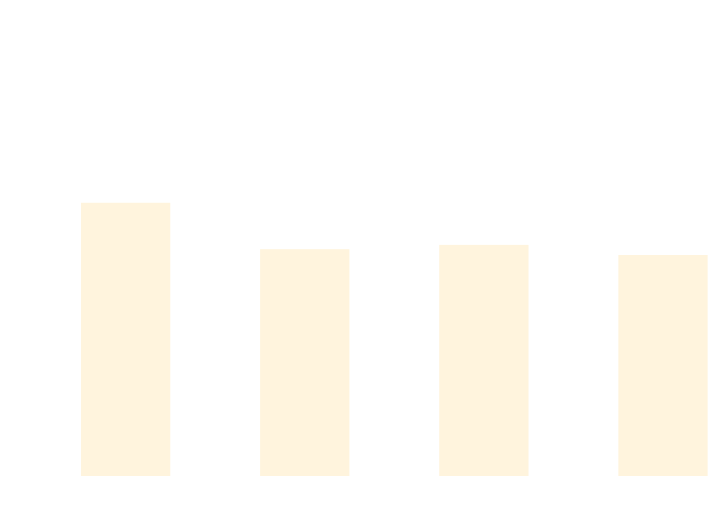
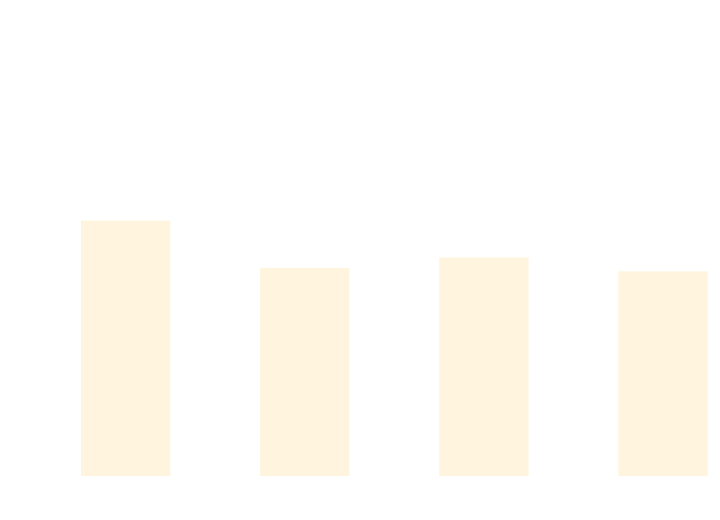
Before and after one commit to thomhurst/TUnit: the diagram in docs/docs/benchmarks/BuildTime.md, drawn with Mermaid. The commit also changed other lines of this file and 17 other files, not shown here.

````diff
--- a/docs/docs/benchmarks/BuildTime.md
+++ b/docs/docs/benchmarks/BuildTime.md
@@ -28,37 +28,37 @@
 ```mermaid
 %%{init: {
   'theme':'base',
   'themeVariables': {
     'primaryColor': '#2563eb',
     'primaryTextColor': '#ffffff',
     'primaryBorderColor': '#1e40af',
     'lineColor': '#6b7280',
     'secondaryColor': '#7c3aed',
     'tertiaryColor': '#dc2626',
     'background': '#ffffff',
     'mainBkg': '#2563eb',
     'secondBkg': '#7c3aed',
     'tertiaryBkg': '#dc2626',
     'clusterBkg': '#f3f4f6',
     'edgeLabelBackground': '#ffffff',
     'tertiaryTextColor': '#1f2937',
     'pie1': '#2563eb',
     'pie2': '#7c3aed',
     'pie3': '#dc2626',
     'pie4': '#f59e0b',
     'pie5': '#10b981',
     'pie6': '#06b6d4',
     'pie7': '#ec4899',
     'pie8': '#6366f1',
     'pie9': '#84cc16',
     'pie10': '#f97316',
     'pie11': '#14b8a6',
     'pie12': '#a855f7'
   }
 }}%%
 xychart-beta
   title "Build Time Comparison"
   x-axis ["Build_TUnit", "Build_NUnit", "Build_MSTest", "Build_xUnit3"]
   y-axis "Time (s)" 0 --> 3
-  bar [1.961, 1.617, 1.649, 1.574]
+  bar [1.828, 1.479, 1.556, 1.453]
 ```
````
